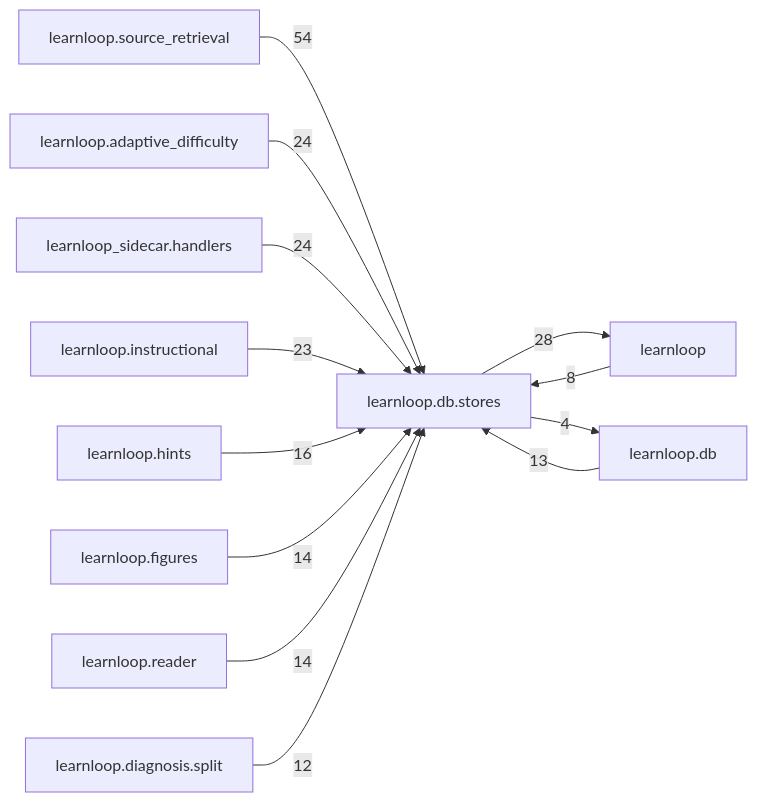
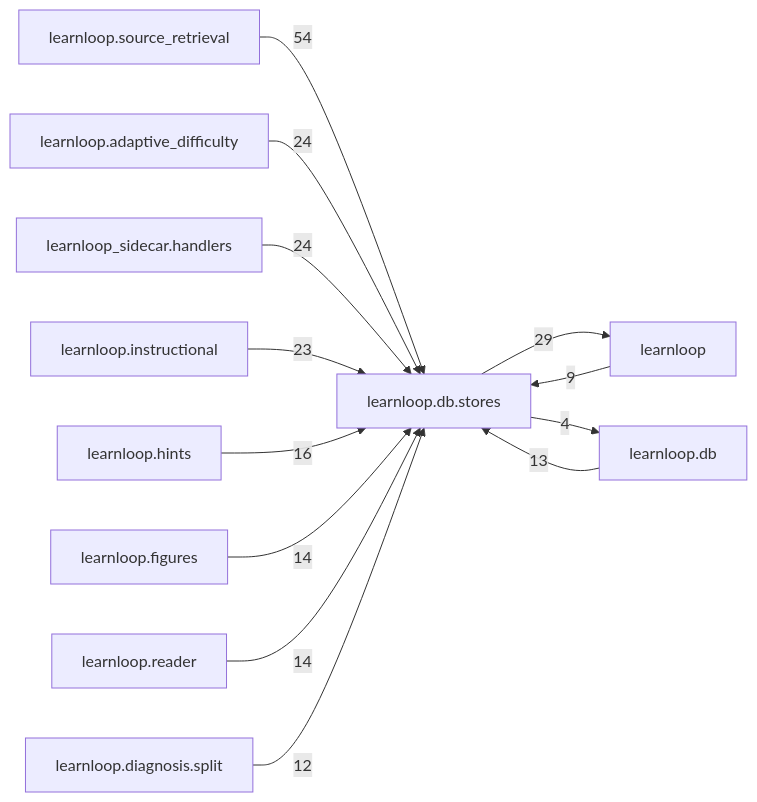
The diagram in docs/learnloop-architecture-vault/Reference/Modules/learnloop/db/stores/_package.md (6up-b/learnanything), drawn with Mermaid before and after one commit. The commit also changed other lines of this file and 590 other files, not shown here.

````diff
--- a/docs/learnloop-architecture-vault/Reference/Modules/learnloop/db/stores/_package.md
+++ b/docs/learnloop-architecture-vault/Reference/Modules/learnloop/db/stores/_package.md
@@ -206,26 +209,26 @@
 ```mermaid
 flowchart LR
     center["learnloop.db.stores"]
     n_learnloop_source_retrieval["learnloop.source_retrieval"]
     n_learnloop["learnloop"]
     n_learnloop_adaptive_difficulty["learnloop.adaptive_difficulty"]
     n_learnloop_sidecar_handlers["learnloop_sidecar.handlers"]
     n_learnloop_instructional["learnloop.instructional"]
     n_learnloop_db["learnloop.db"]
     n_learnloop_hints["learnloop.hints"]
     n_learnloop_figures["learnloop.figures"]
     n_learnloop_reader["learnloop.reader"]
     n_learnloop_diagnosis_split["learnloop.diagnosis.split"]
     n_learnloop_source_retrieval -->|54| center
-    n_learnloop -->|8| center
-    center -->|28| n_learnloop
+    n_learnloop -->|9| center
+    center -->|29| n_learnloop
     n_learnloop_adaptive_difficulty -->|24| center
     n_learnloop_sidecar_handlers -->|24| center
     n_learnloop_instructional -->|23| center
     n_learnloop_db -->|13| center
     center -->|4| n_learnloop_db
     n_learnloop_hints -->|16| center
     n_learnloop_figures -->|14| center
     n_learnloop_reader -->|14| center
     n_learnloop_diagnosis_split -->|12| center
 ```
````
